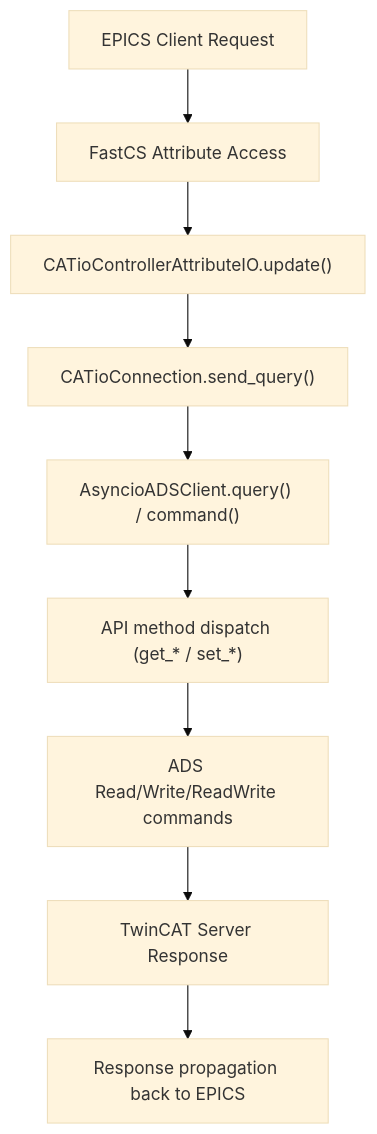
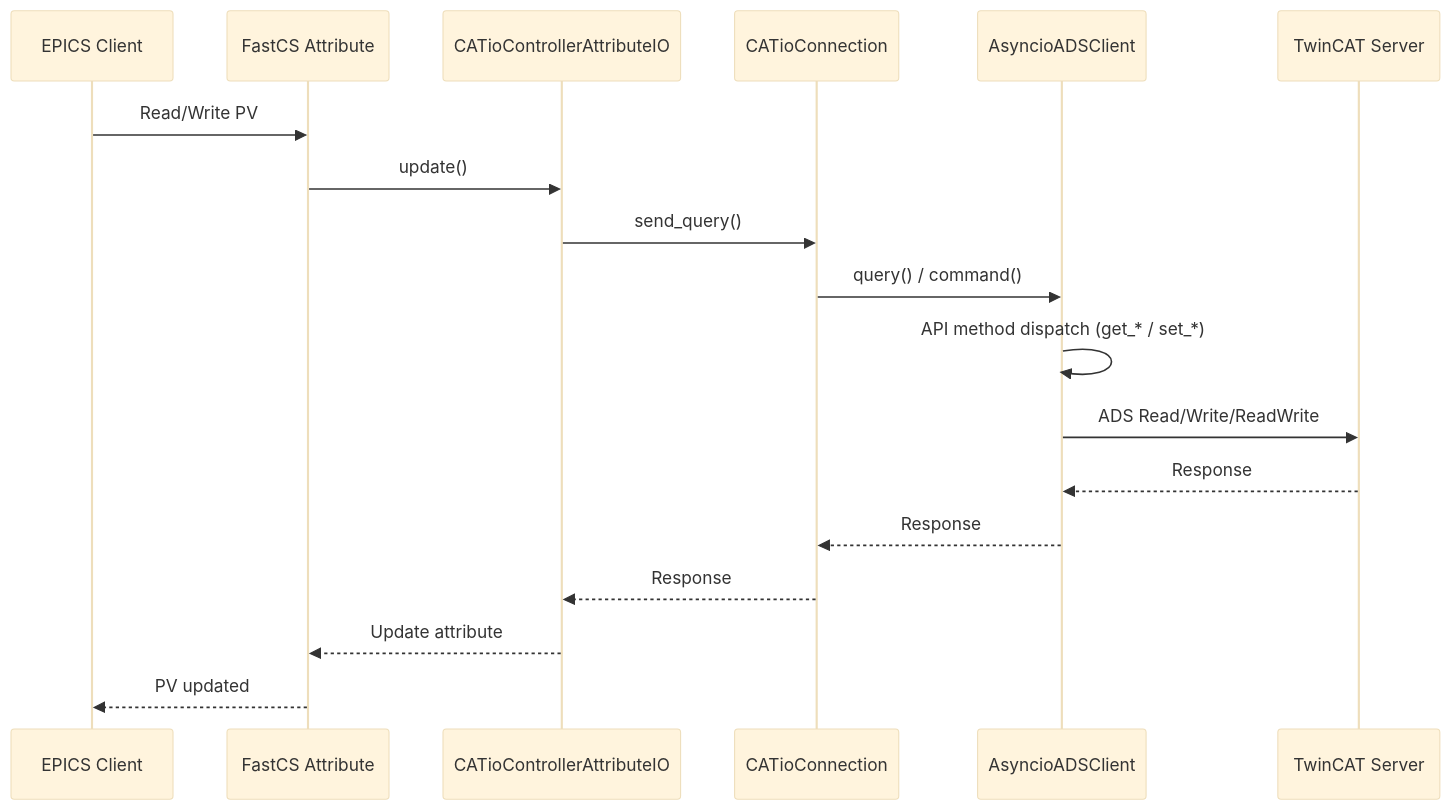
Before and after one commit to DiamondLightSource/fastcs-catio: the second of 2 diagrams in docs/explanations/architecture-overview.md, drawn with Mermaid (base theme). The commit also changed other lines of this file, not shown here.

````diff
--- a/docs/explanations/architecture-overview.md
+++ b/docs/explanations/architecture-overview.md
@@ -114,11 +113,21 @@
 ```mermaid
-flowchart TB
-    A["EPICS Client Request"] --> B["FastCS Attribute Access"]
-    B --> C["CATioControllerAttributeIO.update()"]
-    C --> D["CATioConnection.send_query()"]
-    D --> E["AsyncioADSClient.query() / command()"]
-    E --> F["API method dispatch (get_* / set_*)"]
-    F --> G["ADS Read/Write/ReadWrite commands"]
-    G --> H["TwinCAT Server Response"]
-    H --> I["Response propagation back to EPICS"]
+sequenceDiagram
+    participant Client as EPICS Client
+    participant FastCS as FastCS Attribute
+    participant IO as CATioControllerAttributeIO
+    participant Conn as CATioConnection
+    participant ADS as AsyncioADSClient
+    participant TC as TwinCAT Server
+
+    Client->>FastCS: Read/Write PV
+    FastCS->>IO: update()
+    IO->>Conn: send_query()
+    Conn->>ADS: query() / command()
+    ADS->>ADS: API method dispatch (get_* / set_*)
+    ADS->>TC: ADS Read/Write/ReadWrite
+    TC-->>ADS: Response
+    ADS-->>Conn: Response
+    Conn-->>IO: Response
+    IO-->>FastCS: Update attribute
+    FastCS-->>Client: PV updated
 ```
````
